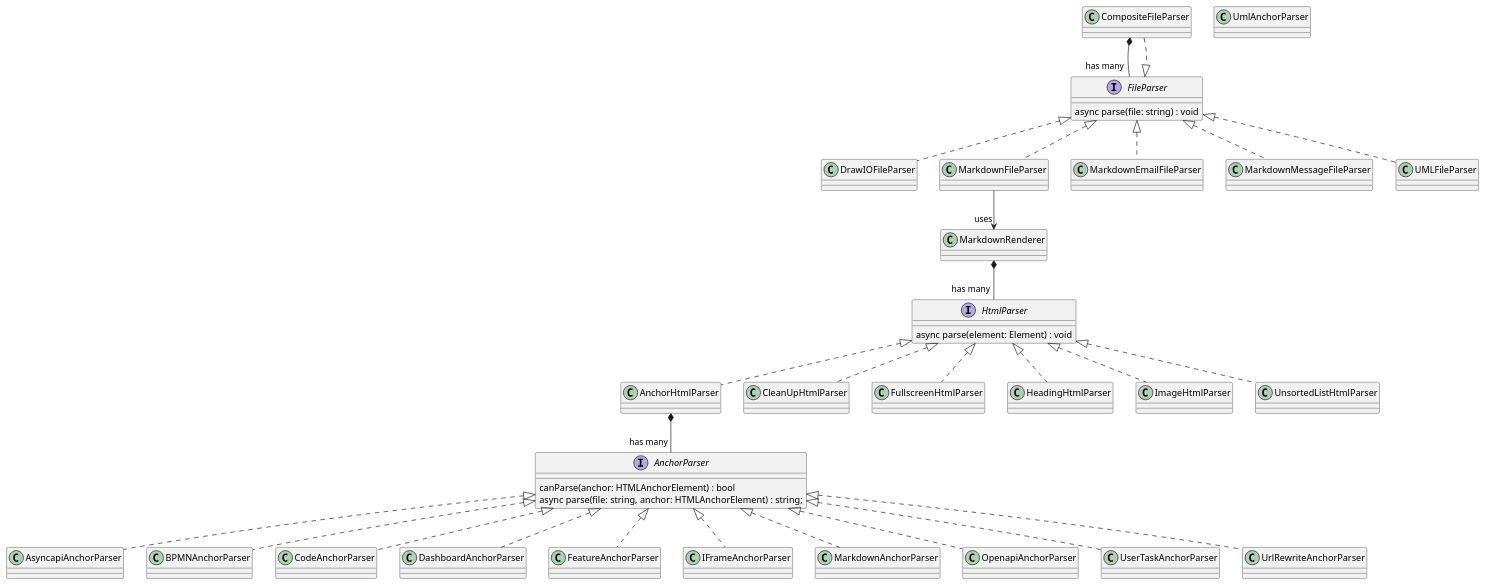
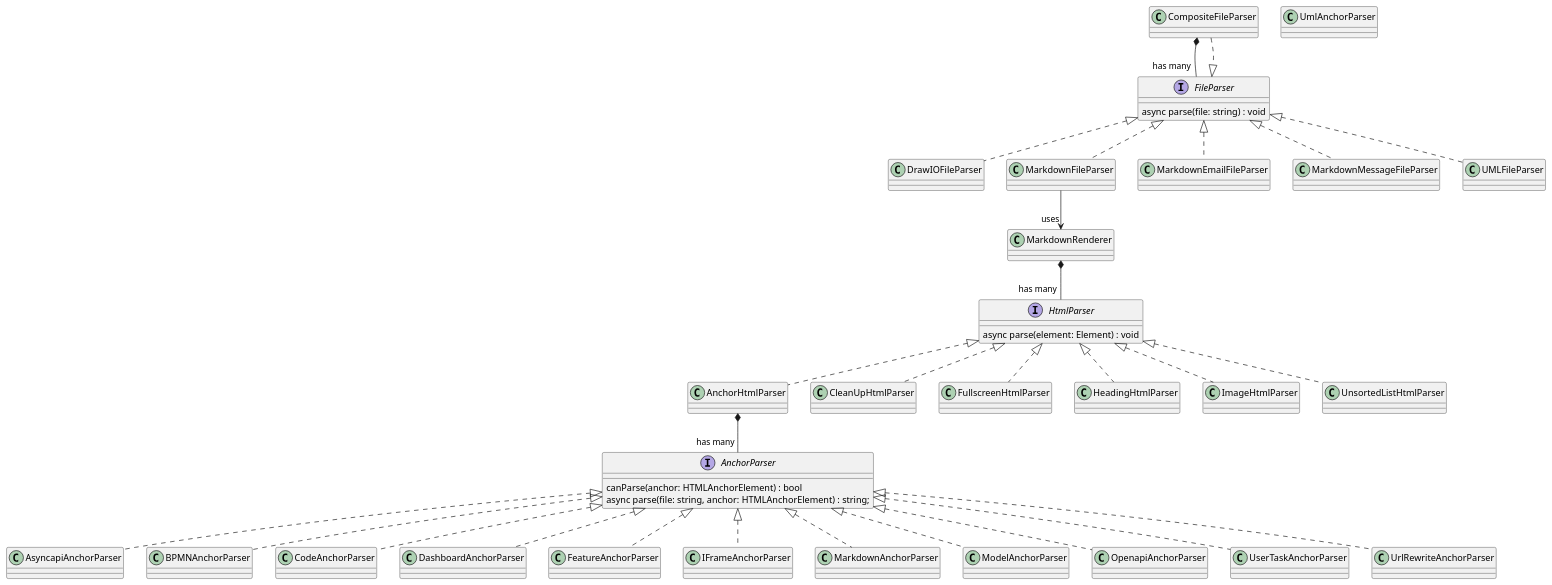
Before and after one commit to biz-dev-ops/md-docs-cli: the diagram in class-diagram.puml, drawn with PlantUML. The commit also changed 2 other files, not shown here.

```diff
--- a/class-diagram.puml
+++ b/class-diagram.puml
@@ -1,71 +1,73 @@
 @startuml
 
 class MarkdownRenderer
 
 interface FileParser {
     async parse(file: string) : void
 }
 class CompositeFileParser
 class DrawIOFileParser
 Class MarkdownFileParser
 Class MarkdownEmailFileParser
 Class MarkdownMessageFileParser
 class UMLFileParser
 
 interface HtmlParser {
     async parse(element: Element) : void
 }
 class AnchorHtmlParser
 class CleanUpHtmlParser
 class FullscreenHtmlParser
 class HeadingHtmlParser
 class ImageHtmlParser
 class UnsortedListHtmlParser
 
 interface AnchorParser {
     canParse(anchor: HTMLAnchorElement) : bool
     async parse(file: string, anchor: HTMLAnchorElement) : string;
 }
 class AsyncapiAnchorParser
 class BPMNAnchorParser
 class CodeAnchorParser
 class DashboardAnchorParser
 class FeatureAnchorParser
 class IFrameAnchorParser
 class MarkdownAnchorParser
+class ModelAnchorParser
 class OpenapiAnchorParser
 class UmlAnchorParser
 class UserTaskAnchorParser
 
 CompositeFileParser *-- "has many" FileParser
 FileParser <|.. DrawIOFileParser
 FileParser <|.. MarkdownFileParser
 FileParser <|.. MarkdownEmailFileParser
 FileParser <|.. MarkdownMessageFileParser
 FileParser <|.. UMLFileParser
 CompositeFileParser ..|> FileParser
 
 MarkdownFileParser --> "uses" MarkdownRenderer
 
 MarkdownRenderer *-- "has many" HtmlParser
 
 HtmlParser <|.. AnchorHtmlParser
 HtmlParser <|.. CleanUpHtmlParser
 HtmlParser <|.. FullscreenHtmlParser
 HtmlParser <|.. HeadingHtmlParser
 HtmlParser <|.. ImageHtmlParser
 HtmlParser <|.. UnsortedListHtmlParser
 
 AnchorHtmlParser *-- "has many" AnchorParser
 AnchorParser <|.. AsyncapiAnchorParser
 AnchorParser <|.. BPMNAnchorParser
 AnchorParser <|.. CodeAnchorParser
 AnchorParser <|.. DashboardAnchorParser
 AnchorParser <|.. FeatureAnchorParser
 AnchorParser <|.. IFrameAnchorParser
 AnchorParser <|.. MarkdownAnchorParser
+AnchorParser <|.. ModelAnchorParser
 AnchorParser <|.. OpenapiAnchorParser
 AnchorParser <|.. UserTaskAnchorParser
 AnchorParser <|.. UrlRewriteAnchorParser
 
 @enduml
```
